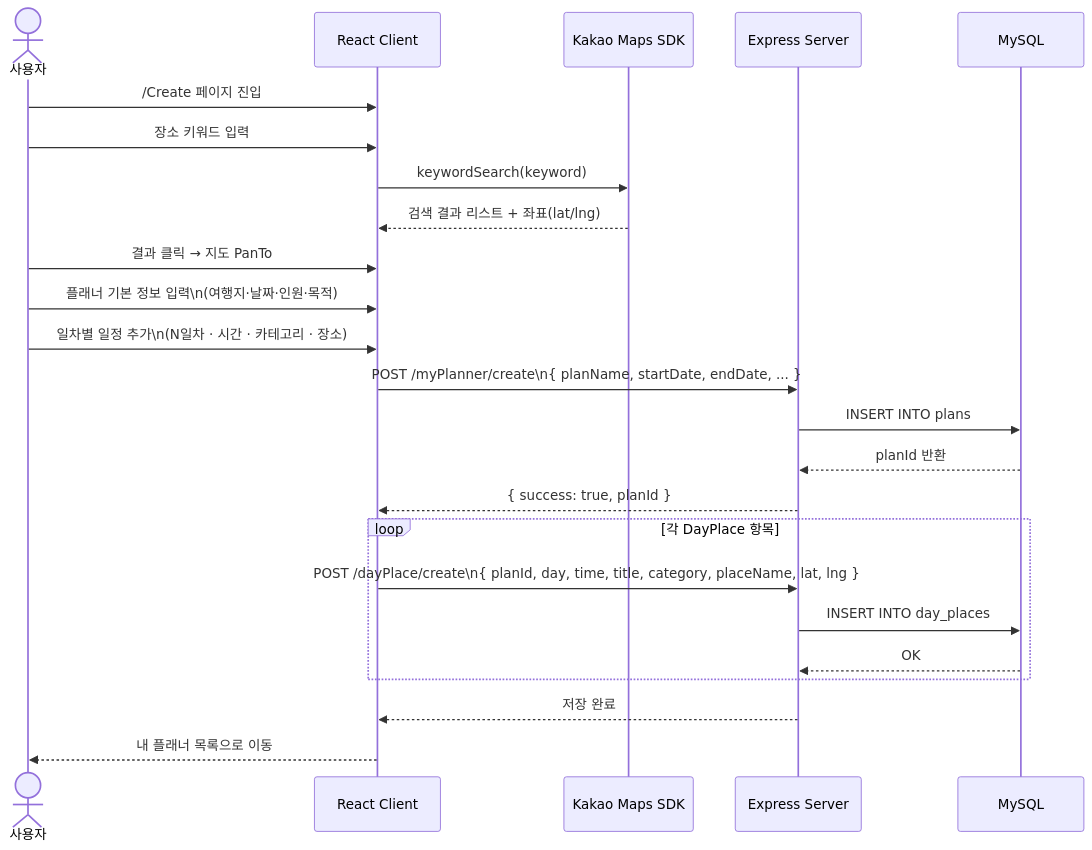
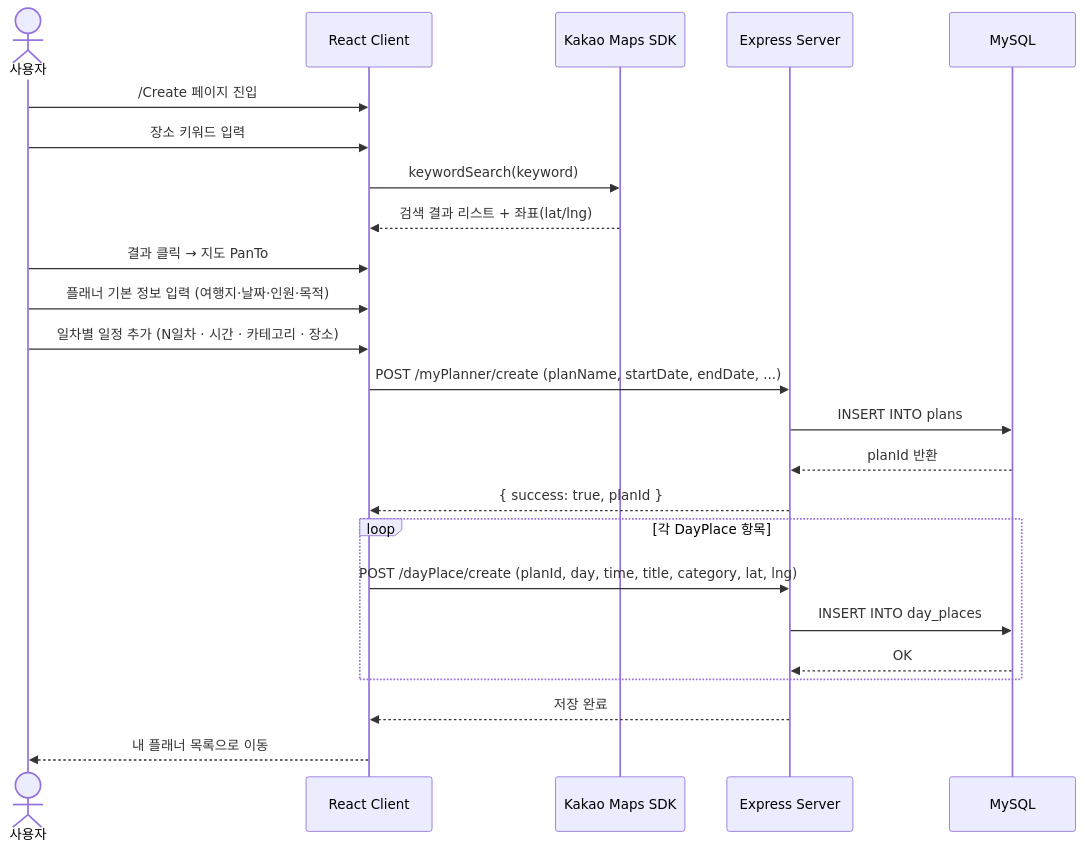
The fifth of 5 diagrams in public/flows/0UTipPlannerFlow.md (JamongFriend/jamongfriend.github.io), drawn with Mermaid before and after one commit. The commit also changed other lines of this file and 4 other files, not shown here.

Commit message:
refactor: mermaid 스크립트 오류 수정

````diff
--- a/public/flows/0UTipPlannerFlow.md
+++ b/public/flows/0UTipPlannerFlow.md
@@ -162,31 +162,31 @@
 ```mermaid
 sequenceDiagram
     actor 사용자
     participant React    as React Client
     participant KakaoAPI as Kakao Maps SDK
     participant Express  as Express Server
     participant DB       as MySQL
 
     사용자->>React: /Create 페이지 진입
     사용자->>React: 장소 키워드 입력
     React->>KakaoAPI: keywordSearch(keyword)
     KakaoAPI-->>React: 검색 결과 리스트 + 좌표(lat/lng)
     사용자->>React: 결과 클릭 → 지도 PanTo
 
-    사용자->>React: 플래너 기본 정보 입력\n(여행지·날짜·인원·목적)
-    사용자->>React: 일차별 일정 추가\n(N일차 · 시간 · 카테고리 · 장소)
+    사용자->>React: 플래너 기본 정보 입력 (여행지·날짜·인원·목적)
+    사용자->>React: 일차별 일정 추가 (N일차 · 시간 · 카테고리 · 장소)
 
-    React->>Express: POST /myPlanner/create\n{ planName, startDate, endDate, ... }
+    React->>Express: POST /myPlanner/create (planName, startDate, endDate, ...)
     Express->>DB: INSERT INTO plans
     DB-->>Express: planId 반환
     Express-->>React: { success: true, planId }
 
     loop 각 DayPlace 항목
-        React->>Express: POST /dayPlace/create\n{ planId, day, time, title, category, placeName, lat, lng }
+        React->>Express: POST /dayPlace/create (planId, day, time, title, category, lat, lng)
         Express->>DB: INSERT INTO day_places
         DB-->>Express: OK
     end
 
     Express-->>React: 저장 완료
     React-->>사용자: 내 플래너 목록으로 이동
 ```
````
